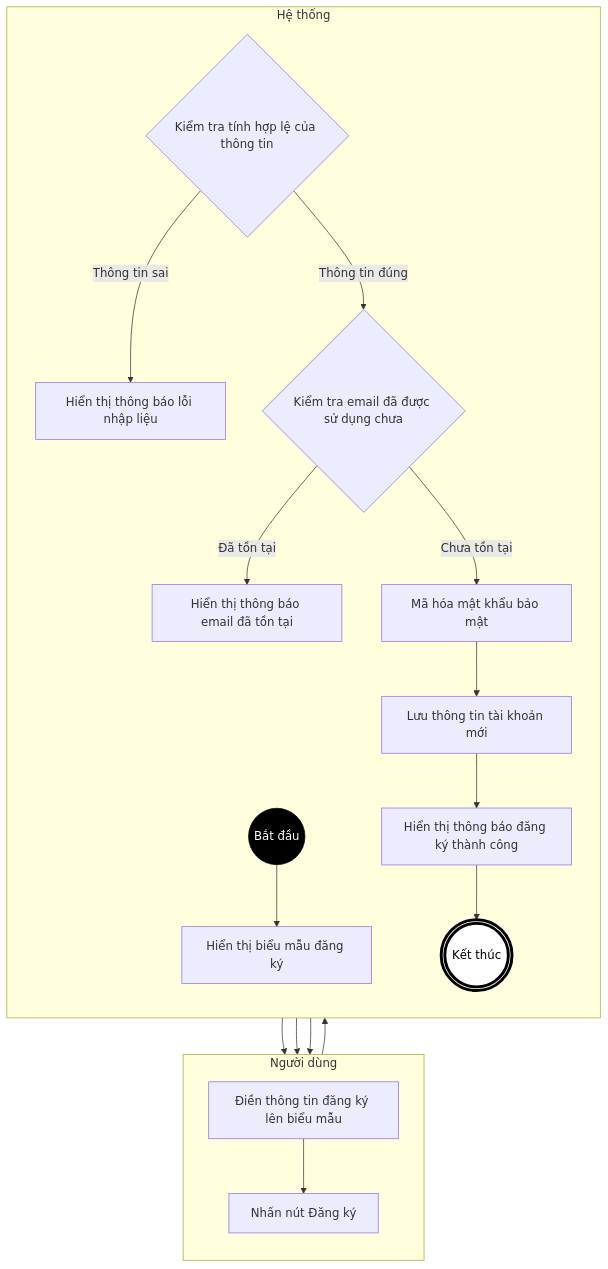
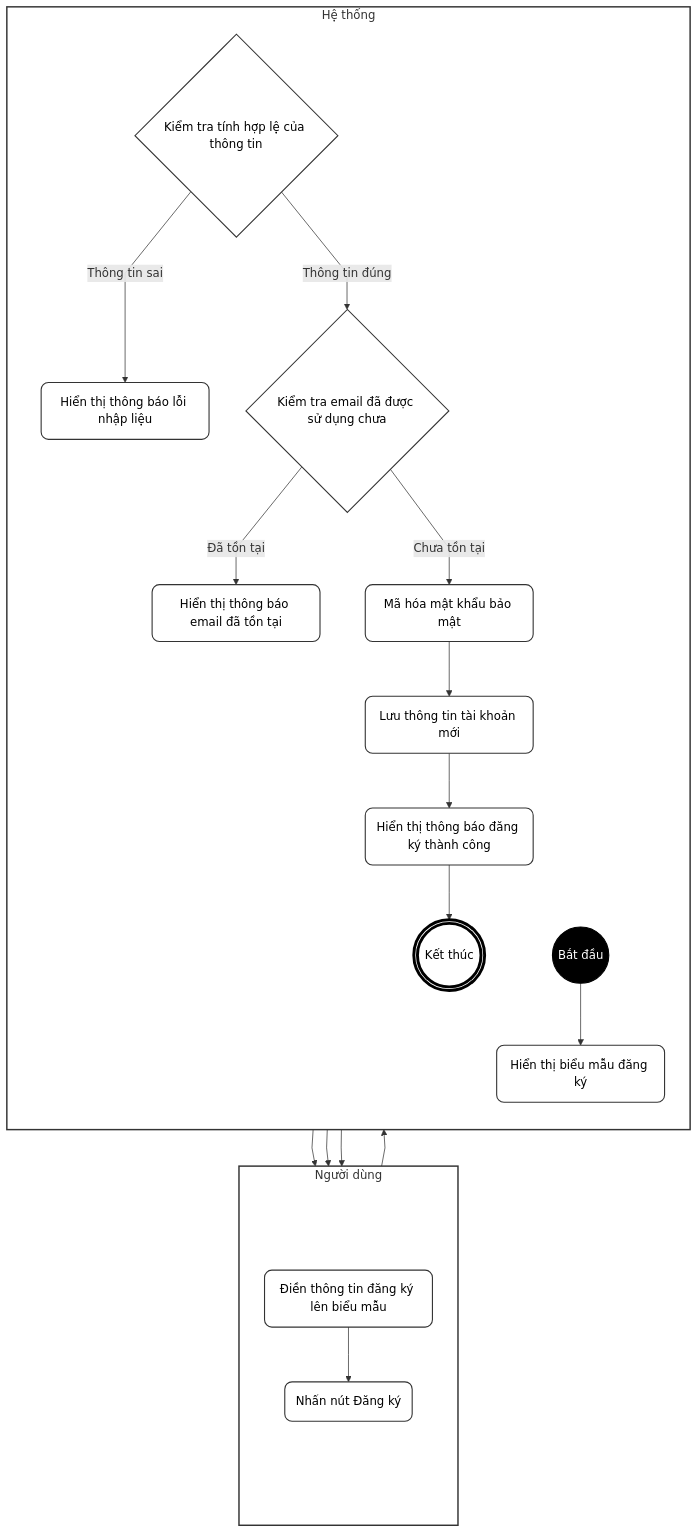
One commit to ChuDucAnh21/BE-quan-ly-su-kien changed the first of 9 diagrams in doc/system_analysis/activity diagram/08a_activity_auth_profile.md. Above: the diagram before and after it, drawn with Mermaid. The commit also changed other lines of this file and 26 other files, not shown here.

````diff
--- a/doc/system_analysis/activity diagram/08a_activity_auth_profile.md
+++ b/doc/system_analysis/activity diagram/08a_activity_auth_profile.md
@@ -12,39 +13,58 @@
 ```mermaid
+%%{init: {"flowchart": {"curve": "linear"}}}%%
 flowchart TD
+    classDef default fill:#fff,stroke:#333,stroke-width:1.5px,color:#000,rx:10px,ry:10px;
     classDef startNode fill:#000,stroke:#000,color:#fff;
     classDef endNode fill:#fff,stroke:#000,stroke-width:4px,color:#000;
+    classDef hidden fill:none,stroke:none,color:none;
 
     subgraph TacNhan [Người dùng]
         direction TB
-        A[Điền thông tin đăng ký lên biểu mẫu]
-        B[Nhấn nút Đăng ký]
+        T_start(" "):::hidden
+        A(Điền thông tin đăng ký lên biểu mẫu)
+        B(Nhấn nút Đăng ký)
+        T_end(" "):::hidden
     end
 
     subgraph HeThong [Hệ thống]
         direction TB
+        H_start(" "):::hidden
         Start((Bắt đầu)):::startNode
-        C[Hiển thị biểu mẫu đăng ký]
+        C(Hiển thị biểu mẫu đăng ký)
         D{Kiểm tra tính hợp lệ của thông tin}
-        E[Hiển thị thông báo lỗi nhập liệu]
+        E(Hiển thị thông báo lỗi nhập liệu)
         F{Kiểm tra email đã được sử dụng chưa}
-        G[Hiển thị thông báo email đã tồn tại]
-        H[Mã hóa mật khẩu bảo mật]
-        I[Lưu thông tin tài khoản mới]
-        J[Hiển thị thông báo đăng ký thành công]
+        G(Hiển thị thông báo email đã tồn tại)
+        H(Mã hóa mật khẩu bảo mật)
+        I(Lưu thông tin tài khoản mới)
+        J(Hiển thị thông báo đăng ký thành công)
         End(((Kết thúc))):::endNode
+        H_end(" "):::hidden
     end
+
+    T_start ~~~ H_start
+    T_end ~~~ H_end
+
+    T_start ~~~ A
+    B ~~~ T_end
+
+    H_start ~~~ Start
+    End ~~~ H_end
 
     Start --> C
     C --> A
     A --> B
     B --> D
     D -- Thông tin sai --> E
     E --> A
     D -- Thông tin đúng --> F
     F -- Đã tồn tại --> G
     G --> A
     F -- Chưa tồn tại --> H
     H --> I
     I --> J
     J --> End
+
+    style TacNhan fill:#fff,stroke:#333,stroke-width:2px
+    style HeThong fill:#fff,stroke:#333,stroke-width:2px
 ```
````
